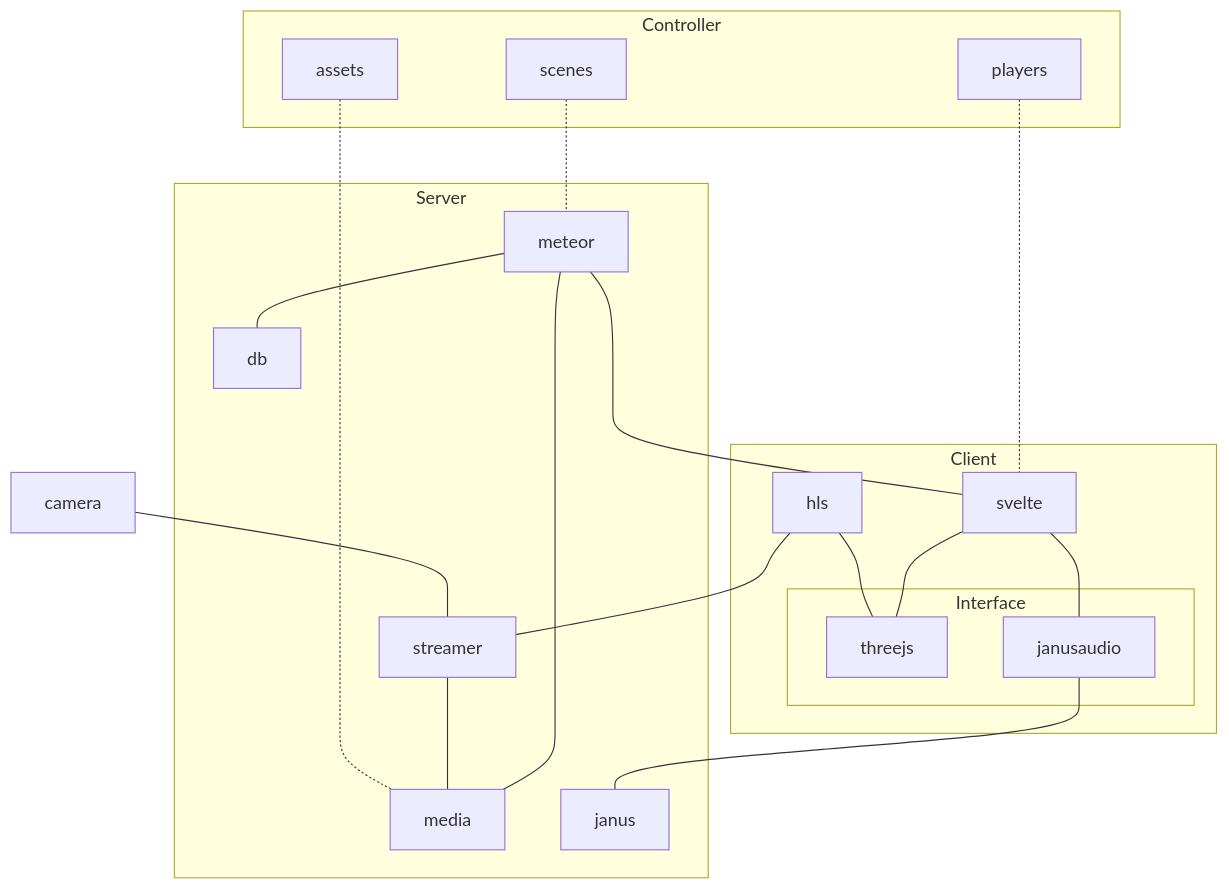
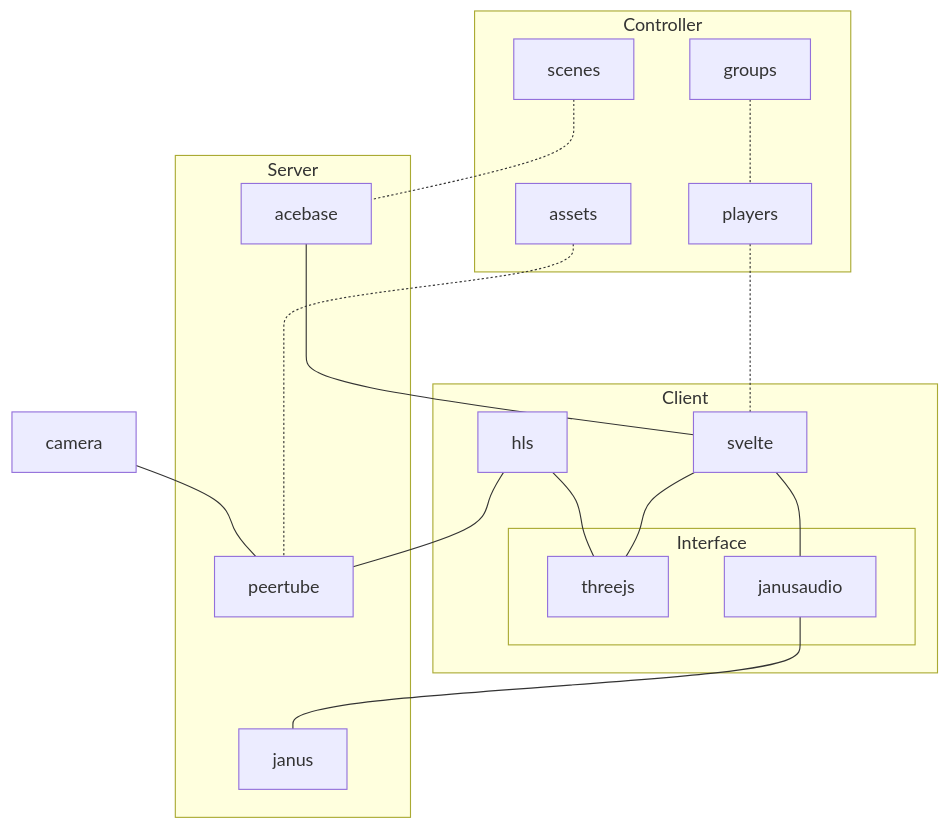
Before and after one commit to retani/360vr: the diagram in README.md, drawn with Mermaid.

Commit message:
Update README.md
add peertube
add acebase
remove meteor

````diff
--- a/README.md
+++ b/README.md
@@ -3,47 +3,43 @@
 ```mermaid
 
 graph TD
 
     subgraph Server
-      meteor
-      db
-      media
+      acebase
       janus
-      streamer
+      peertube
     end
 
     subgraph Client
       svelte
       hls
       subgraph Interface
         threejs
         janusaudio
       end
     end
 
     subgraph Controller
       scenes
       assets
       players
+      groups
     end
-
-    meteor --- db
-    meteor --- media
     
-    meteor ---- svelte
+    acebase ---- svelte
     janusaudio --- janus
-    hls --- streamer
-    streamer --- media
+    hls --- peertube
 
     svelte --- threejs
     hls --- threejs
 
     svelte --- janusaudio
 
-    assets -.- media
-    scenes -.- meteor
+    assets -.- peertube
+    scenes -.- acebase
     players -.- svelte
+    groups -.- players
     
-    camera --- streamer
+    camera --- peertube
     
 ```
````
